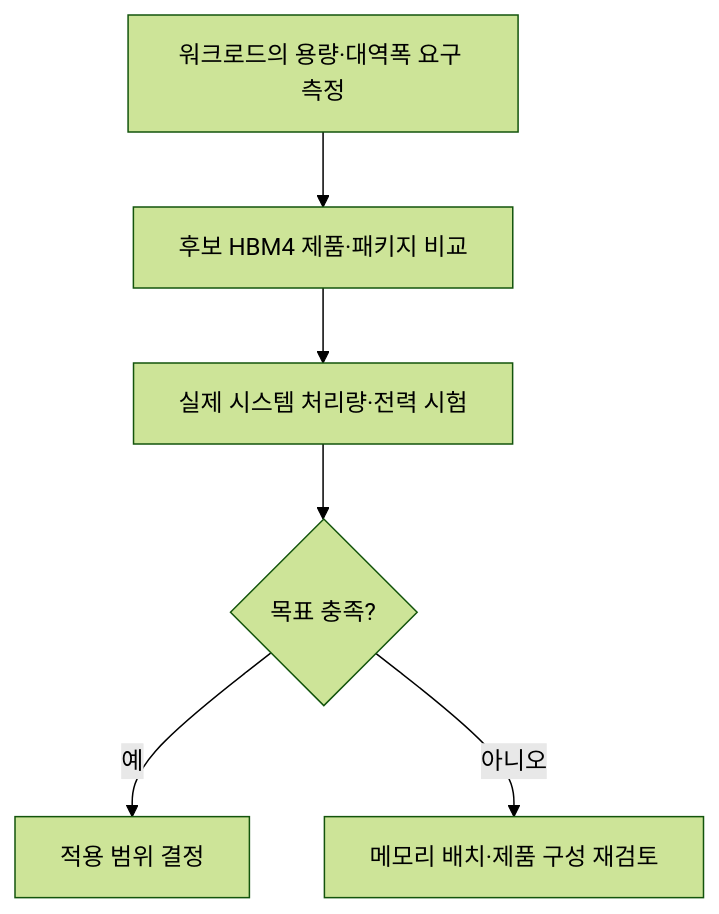
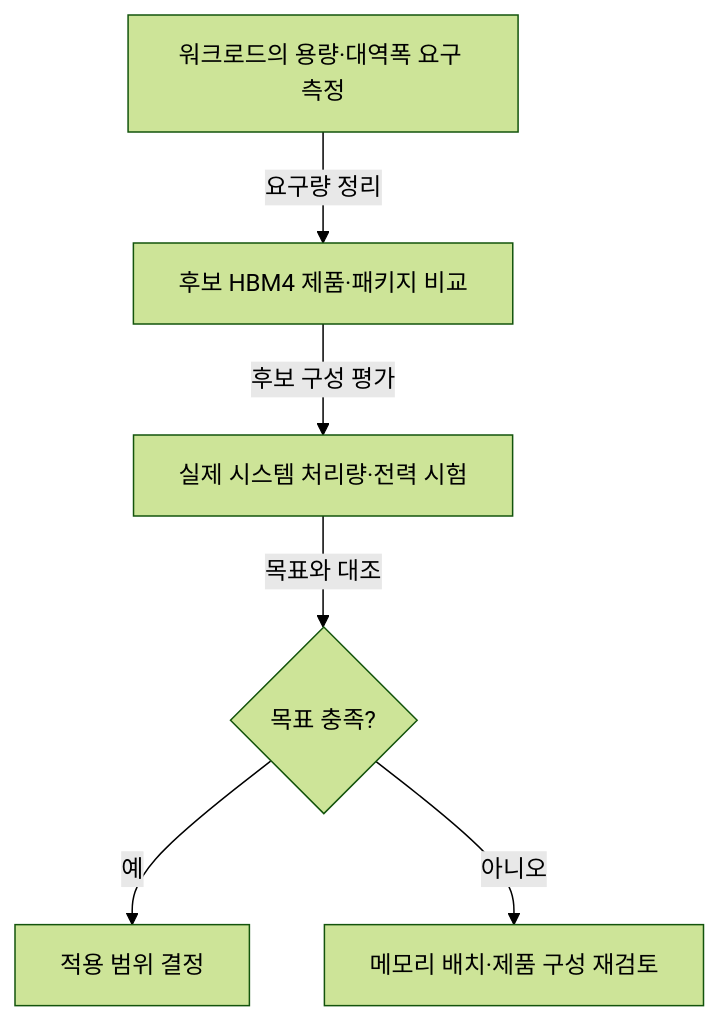
One commit to agnusdei1207/study changed the third of 3 diagrams in src/content/docs/notes/itpe/04-computer-system/027_hbm4.md. Above: the diagram before and after it, drawn with Mermaid (forest theme). The commit also changed other lines of this file and 4 other files, not shown here.

````diff
--- a/src/content/docs/notes/itpe/04-computer-system/027_hbm4.md
+++ b/src/content/docs/notes/itpe/04-computer-system/027_hbm4.md
@@ -121,8 +128,8 @@
 ```mermaid
 flowchart TD
-    A["워크로드의 용량·대역폭 요구 측정"] --> B["후보 HBM4 제품·패키지 비교"]
-    B --> C["실제 시스템 처리량·전력 시험"]
-    C --> D{"목표 충족?"}
+    A["워크로드의 용량·대역폭 요구 측정"] -->|"요구량 정리"| B["후보 HBM4 제품·패키지 비교"]
+    B -->|"후보 구성 평가"| C["실제 시스템 처리량·전력 시험"]
+    C -->|"목표와 대조"| D{"목표 충족?"}
     D -->|"예"| E["적용 범위 결정"]
     D -->|"아니오"| F["메모리 배치·제품 구성 재검토"]
 ```
````
